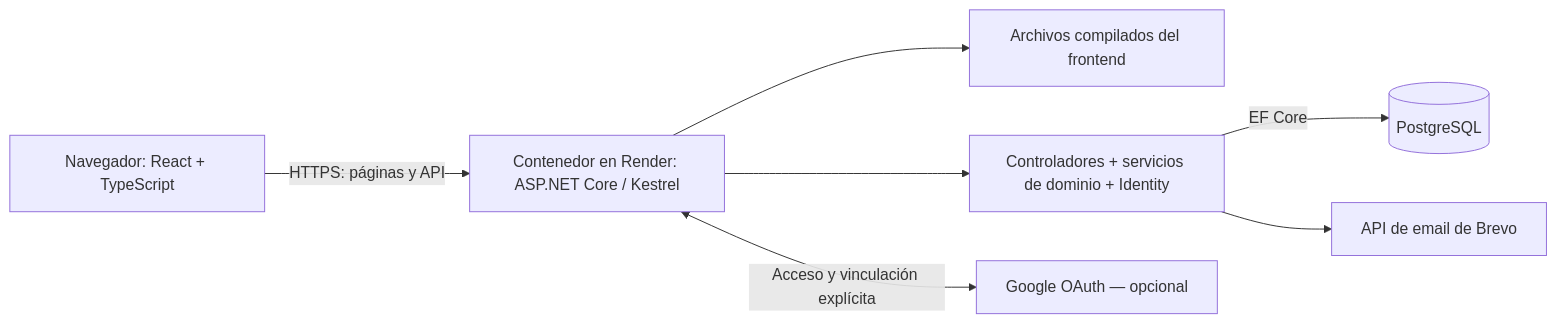
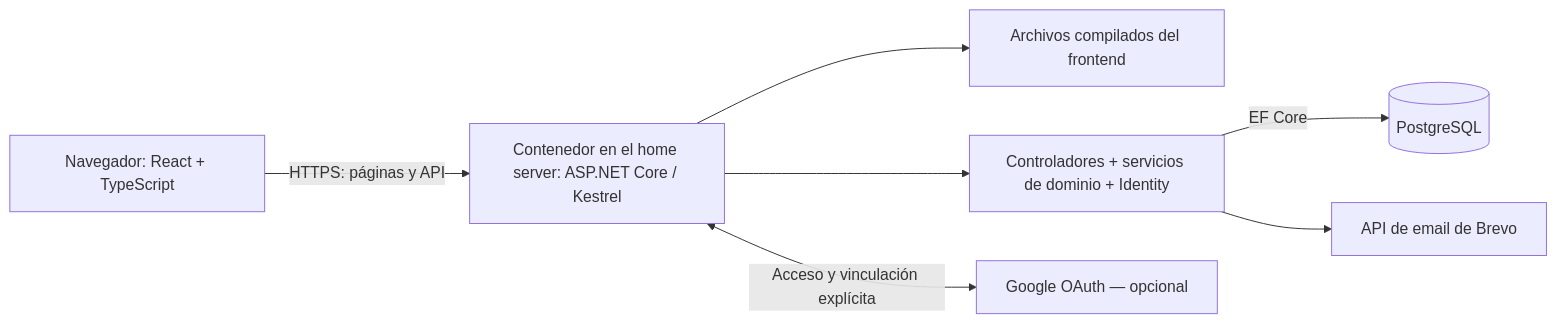
Before and after one commit to EliasOlguin/DoneToday: the diagram in README.es.md, drawn with Mermaid. The commit also changed other lines of this file and 13 other files, not shown here.

Commit message:
Update home server deployment and compatible dependencies [skip render]

````diff
--- a/README.es.md
+++ b/README.es.md
@@ -54,16 +54,16 @@
 ```mermaid
 flowchart LR
     Browser["Navegador: React + TypeScript"]
-    App["Contenedor en Render: ASP.NET Core / Kestrel"]
+    App["Contenedor en el home server: ASP.NET Core / Kestrel"]
     Static["Archivos compilados del frontend"]
     Services["Controladores + servicios de dominio + Identity"]
     Database[("PostgreSQL")]
     Email["API de email de Brevo"]
     Google["Google OAuth — opcional"]
     Browser -->|HTTPS: páginas y API| App
     App --> Static
     App --> Services
     Services -->|EF Core| Database
     Services --> Email
     App <-->|Acceso y vinculación explícita| Google
 ```
````
